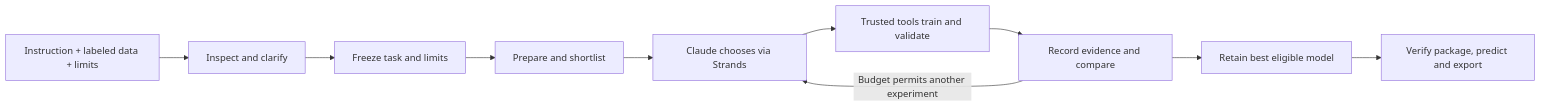
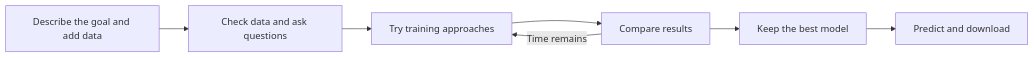
Before and after one commit to Hsenabbass/GoTrain: the diagram in docs/m5-presentation-brief.md, drawn with Mermaid. The commit also changed other lines of this file and 1 other file, not shown here.

````diff
--- a/docs/m5-presentation-brief.md
+++ b/docs/m5-presentation-brief.md
@@ -47,12 +37,9 @@
 ```mermaid
 flowchart LR
-    A[Instruction + labeled data + limits] --> B[Inspect and clarify]
-    B --> C[Freeze task and limits]
-    C --> D[Prepare and shortlist]
-    D --> E[Claude chooses via Strands]
-    E --> F[Trusted tools train and validate]
-    F --> G[Record evidence and compare]
-    G -->|Budget permits another experiment| E
-    G --> H[Retain best eligible model]
-    H --> I[Verify package, predict and export]
+    A[Describe the goal and add data] --> B[Check data and ask questions]
+    B --> C[Try training approaches]
+    C --> D[Compare results]
+    D -->|Time remains| C
+    D --> E[Keep the best model]
+    E --> F[Predict and download]
 ```
````
